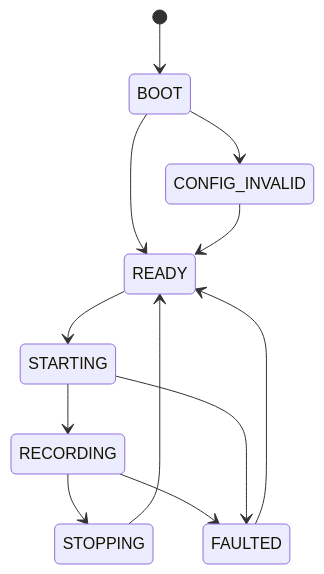
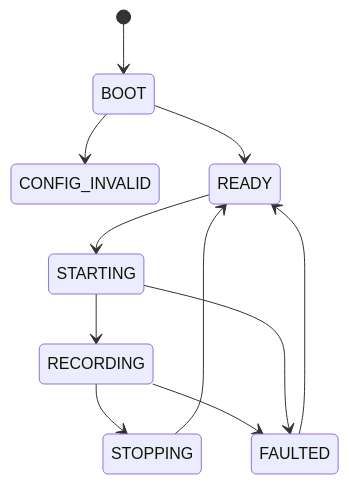
Before and after one commit to TimMagoun/embedded_ins_daq: the first of 2 diagrams in software_architecture/08_state_fault_storage_observability.md, drawn with Mermaid. The commit also changed other lines of this file and 14 other files, not shown here.

````diff
--- a/software_architecture/08_state_fault_storage_observability.md
+++ b/software_architecture/08_state_fault_storage_observability.md
@@ -7,14 +7,13 @@
 ```mermaid
 stateDiagram-v2
     [*] --> BOOT
     BOOT --> CONFIG_INVALID
     BOOT --> READY
-    CONFIG_INVALID --> READY
     READY --> STARTING
     STARTING --> RECORDING
     RECORDING --> STOPPING
     STOPPING --> READY
     RECORDING --> FAULTED
     STARTING --> FAULTED
     FAULTED --> READY
 ```
````
